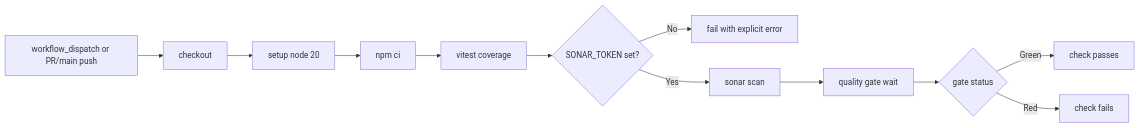
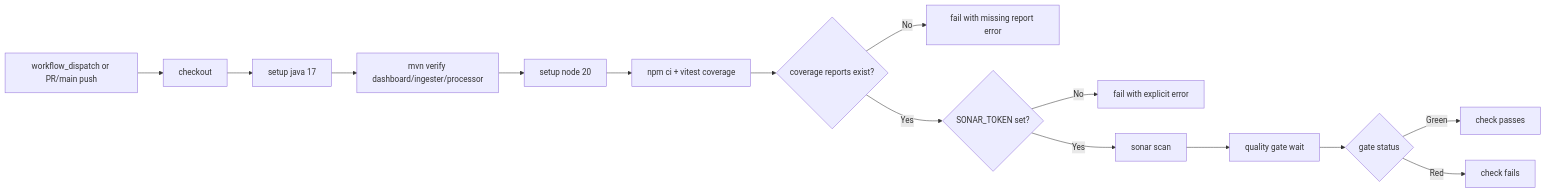
Before and after one commit to ClementV78/CloudRadar: the diagram in docs/runbooks/ci-cd/sonarcloud.md, drawn with Mermaid. The commit also changed other lines of this file and 8 other files, not shown here.

First line of the commit message:
test(java): wire JaCoCo coverage into SonarCloud

````diff
--- a/docs/runbooks/ci-cd/sonarcloud.md
+++ b/docs/runbooks/ci-cd/sonarcloud.md
@@ -13,14 +18,17 @@
 ```mermaid
 flowchart LR
   A[workflow_dispatch or PR/main push] --> B[checkout]
-  B --> C[setup node 20]
-  C --> D[npm ci]
-  D --> E[vitest coverage]
-  E --> F{SONAR_TOKEN set?}
-  F -->|No| G[fail with explicit error]
-  F -->|Yes| H[sonar scan]
-  H --> I[quality gate wait]
-  I --> J{gate status}
-  J -->|Green| K[check passes]
-  J -->|Red| L[check fails]
+  B --> C[setup java 17]
+  C --> D[mvn verify dashboard/ingester/processor]
+  D --> E[setup node 20]
+  E --> F[npm ci + vitest coverage]
+  F --> G{coverage reports exist?}
+  G -->|No| H[fail with missing report error]
+  G -->|Yes| I{SONAR_TOKEN set?}
+  I -->|No| J[fail with explicit error]
+  I -->|Yes| K[sonar scan]
+  K --> L[quality gate wait]
+  L --> M{gate status}
+  M -->|Green| N[check passes]
+  M -->|Red| O[check fails]
 ```
````
